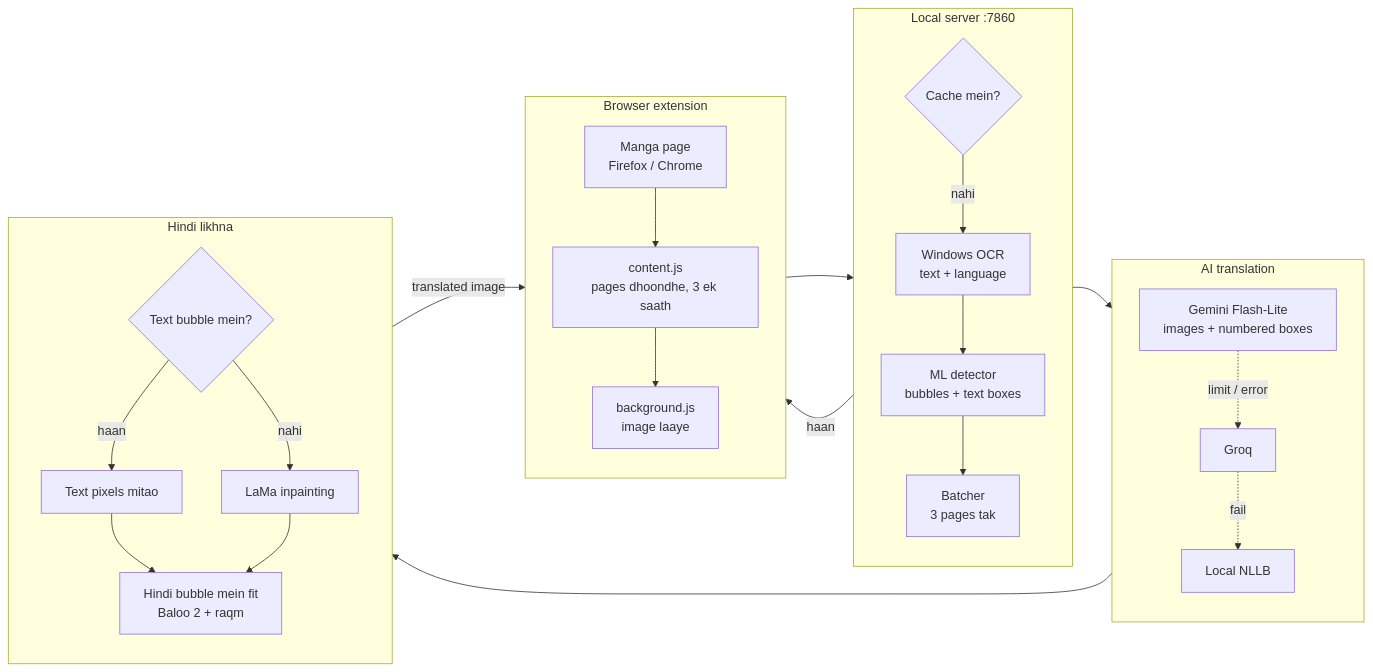
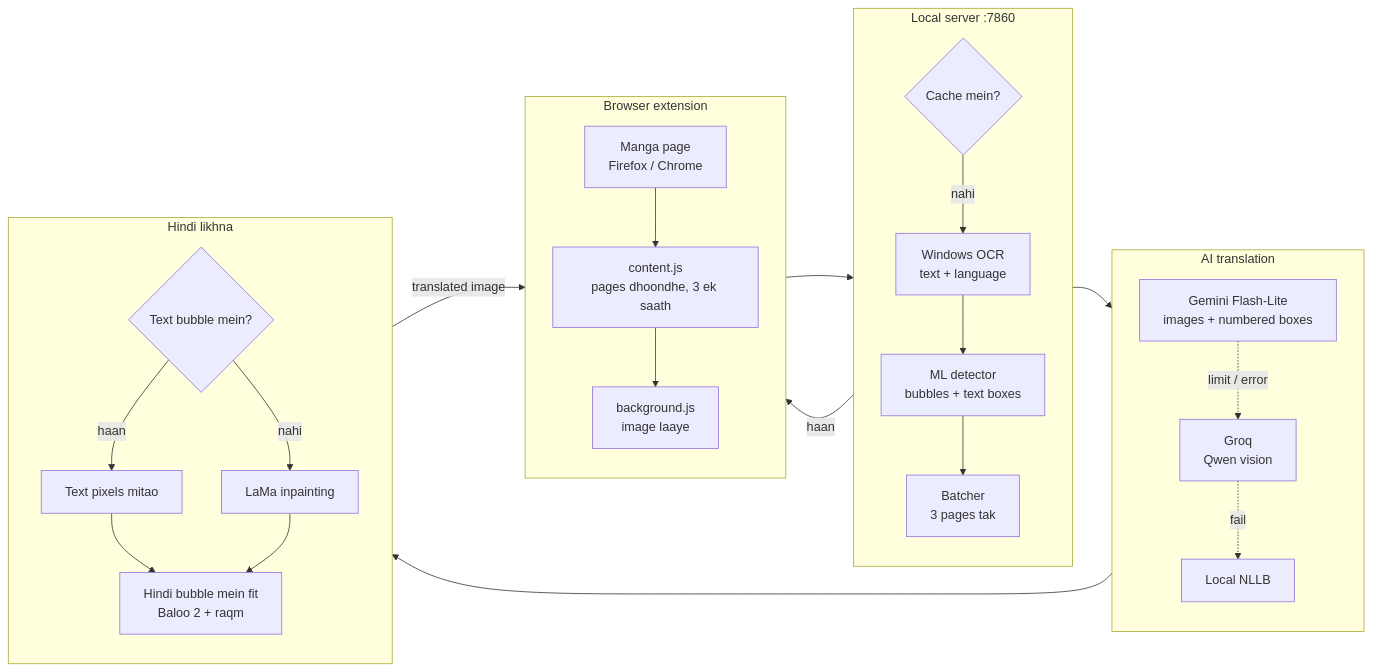
One commit to jitendra205saini/Manga-Translator changed the diagram in README.hinglish.md. Above: the diagram before and after it, drawn with Mermaid. The commit also changed other lines of this file and 6 other files, not shown here.

Commit message:
Speed: erase while AI answers, model warm-up, series language memory; Groq vision fallback (Qwen)

````diff
--- a/README.hinglish.md
+++ b/README.hinglish.md
@@ -65,35 +65,35 @@
 ```mermaid
 flowchart LR
     subgraph B[Browser extension]
         direction TB
         B1[Manga page<br/>Firefox / Chrome] --> B2[content.js<br/>pages dhoondhe, 3 ek saath]
         B2 --> B3[background.js<br/>image laaye]
     end
 
     subgraph S[Local server :7860]
         direction TB
         S1{Cache mein?} -->|nahi| S2[Windows OCR<br/>text + language]
         S2 --> S3[ML detector<br/>bubbles + text boxes]
         S3 --> S4[Batcher<br/>3 pages tak]
     end
 
     subgraph A[AI translation]
         direction TB
-        A1[Gemini Flash-Lite<br/>images + numbered boxes] -.->|limit / error| A2[Groq]
+        A1[Gemini Flash-Lite<br/>images + numbered boxes] -.->|limit / error| A2[Groq<br/>Qwen vision]
         A2 -.->|fail| A3[Local NLLB]
     end
 
     subgraph R[Hindi likhna]
         direction TB
         R1{Text bubble mein?} -->|haan| R2[Text pixels mitao]
         R1 -->|nahi| R3[LaMa inpainting]
         R2 --> R4[Hindi bubble mein fit<br/>Baloo 2 + raqm]
         R3 --> R4
     end
 
     B3 --> S1
     S4 --> A1
     A1 --> R1
     R4 -->|translated image| B1
     S1 -->|haan| B1
 ```
````
